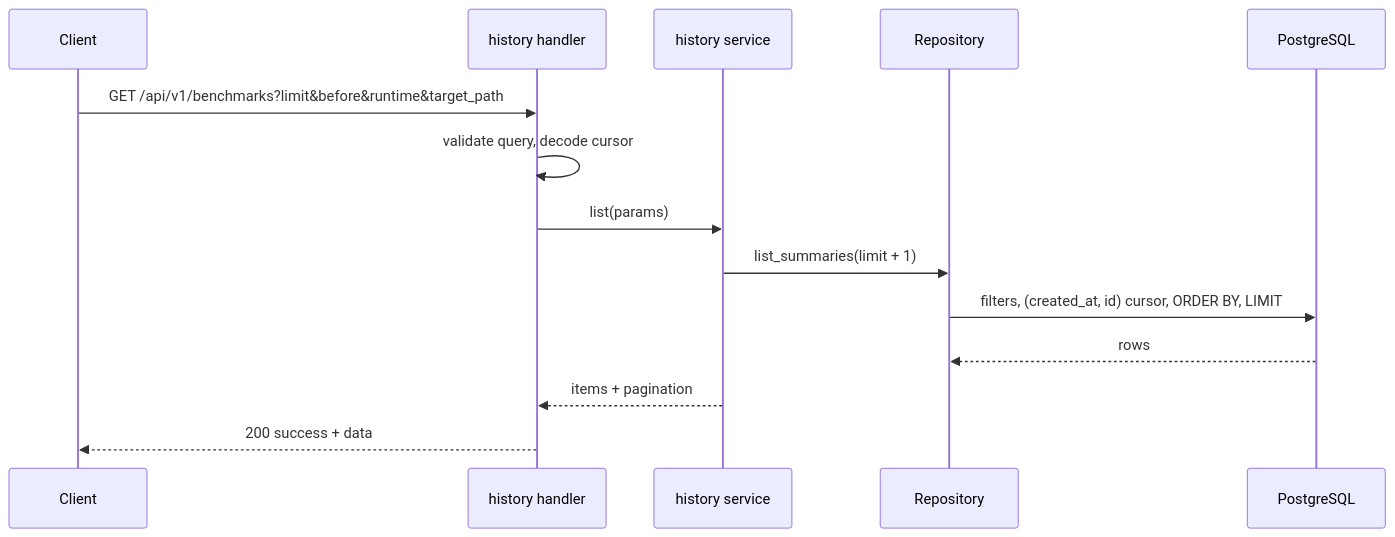
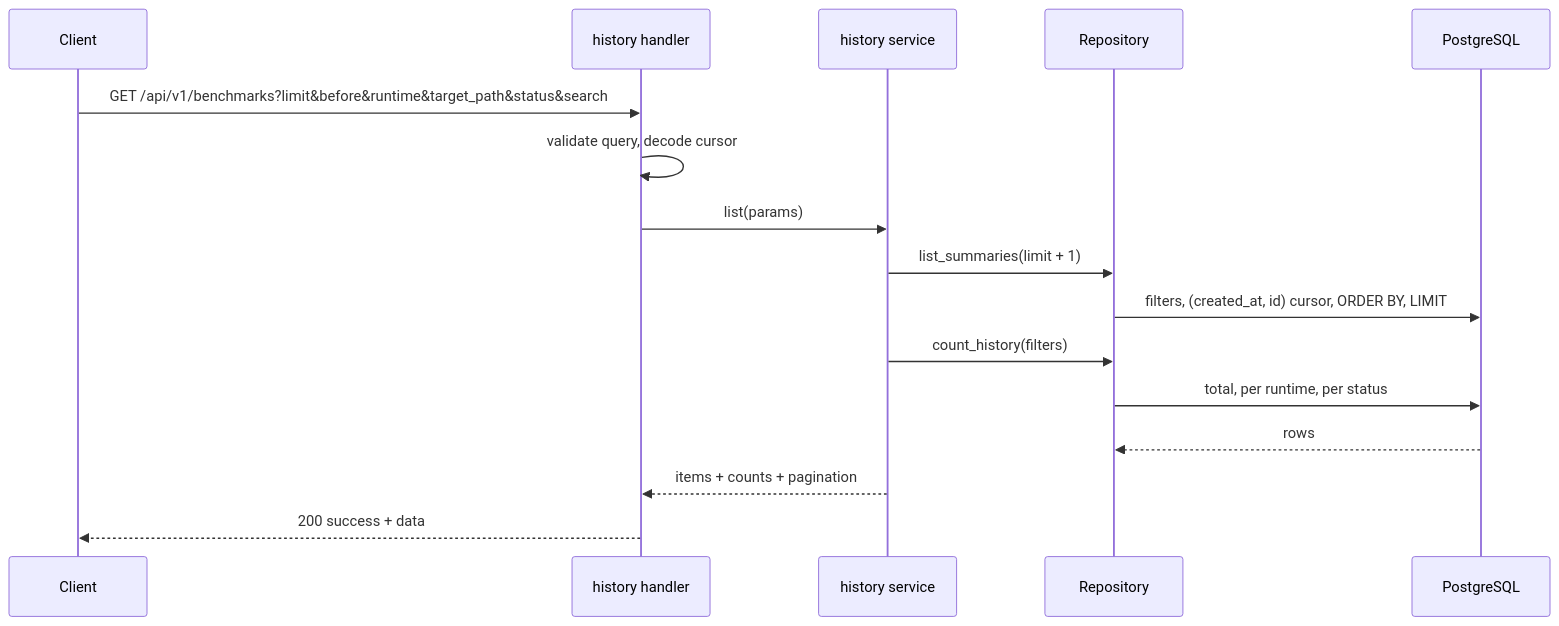
Before and after one commit to dheerajy1/benchmark-api: the third of 5 diagrams in docs/architecture.md, drawn with Mermaid. The commit also changed other lines of this file and 107 other files, not shown here.

````diff
--- a/docs/architecture.md
+++ b/docs/architecture.md
@@ -103,16 +118,18 @@
 ```mermaid
 sequenceDiagram
     participant C as Client
     participant H as history handler
     participant S as history service
     participant R as Repository
     participant D as PostgreSQL
-    C->>H: GET /api/v1/benchmarks?limit&before&runtime&target_path
+    C->>H: GET /api/v1/benchmarks?limit&before&runtime&target_path&status&search
     H->>H: validate query, decode cursor
     H->>S: list(params)
     S->>R: list_summaries(limit + 1)
     R->>D: filters, (created_at, id) cursor, ORDER BY, LIMIT
+    S->>R: count_history(filters)
+    R->>D: total, per runtime, per status
     D-->>R: rows
-    S-->>H: items + pagination
+    S-->>H: items + counts + pagination
     H-->>C: 200 success + data
 ```
````
